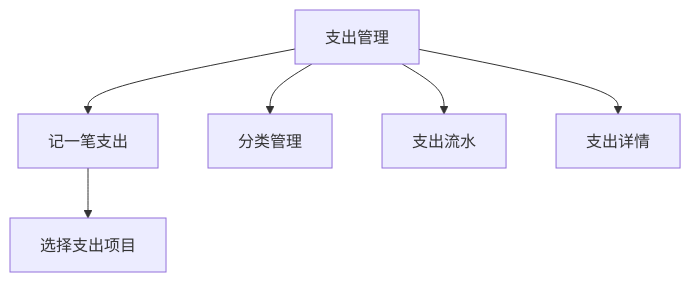
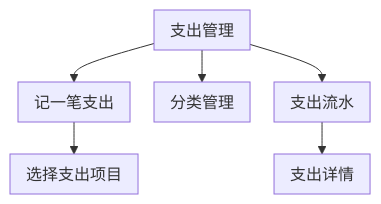
The ninth of 10 diagrams in RTB产品计划概览.md (XDean-Designer/card), drawn with Mermaid before and after one commit. The commit also changed other lines of this file and 2 other files, not shown here.

First line of the commit message:
Rewrite overview main-flow diagrams into readable Chinese swimlanes.

````diff
--- a/RTB产品计划概览.md
+++ b/RTB产品计划概览.md
@@ -434,9 +630,10 @@
 ```mermaid
-flowchart TD
-  list[支出管理]
-  list --> add[记一笔支出]
-  add --> types[选择支出项目]
-  list --> cats[分类管理]
-  list --> flow[支出流水]
-  list --> detail[支出详情]
+%%{init: {'flowchart': {'nodeSpacing': 24, 'rankSpacing': 32, 'padding': 8}, 'themeVariables': {'fontSize': '16px', 'fontFamily': 'PingFang SC, Microsoft YaHei, sans-serif'}}}%%
+flowchart TB
+  list["支出管理"]
+  list --> add["记一笔支出"]
+  add --> types["选择支出项目"]
+  list --> cats["分类管理"]
+  list --> flow["支出流水"]
+  flow --> detail["支出详情"]
 ```
````
